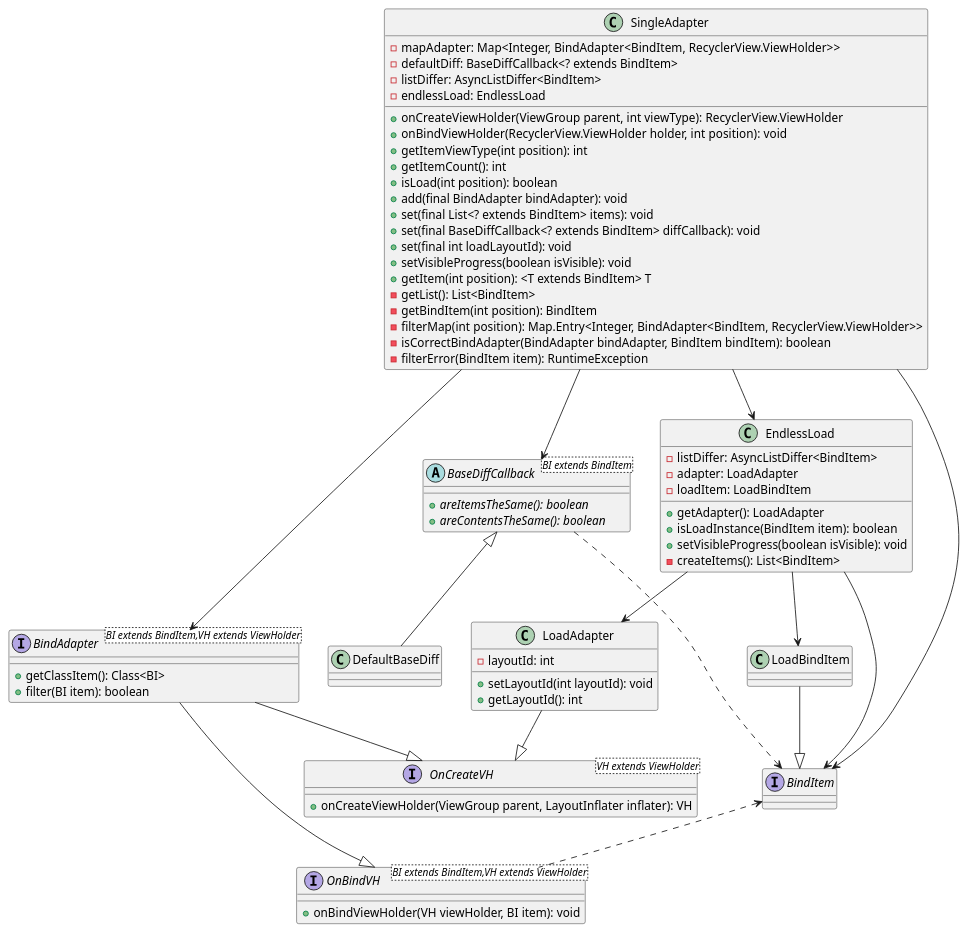
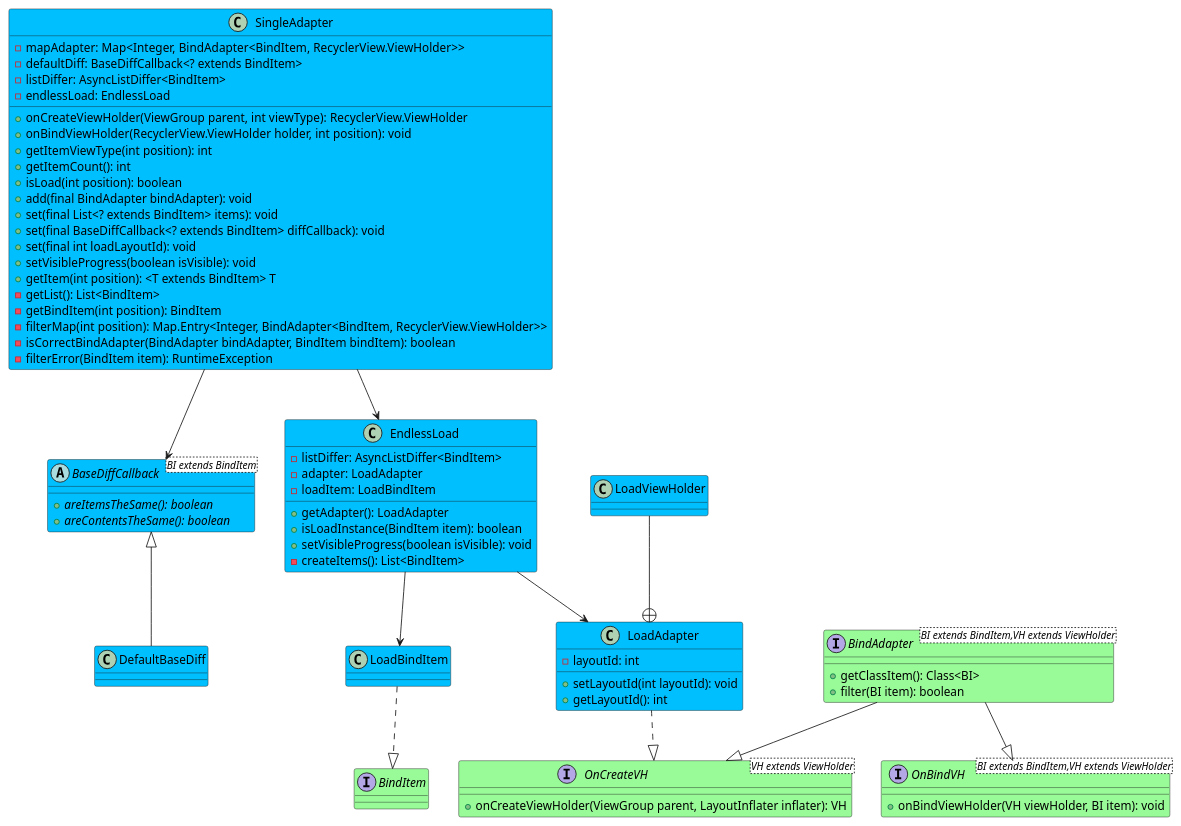
Before and after one commit to vanskarner/SingleAdapter: the diagram in singleAdapter/src/main/java/com/vanskarner/singleadapter/Diagram.puml, drawn with PlantUML.

Commit message:
diagram update

```diff
--- a/singleAdapter/src/main/java/com/vanskarner/singleadapter/Diagram.puml
+++ b/singleAdapter/src/main/java/com/vanskarner/singleadapter/Diagram.puml
@@ -1,74 +1,90 @@
 @startuml
 'https://plantuml.com/class-diagram
+
+/'Specification of classes and interfaces'/
 class SingleAdapter{
     - mapAdapter: Map<Integer, BindAdapter<BindItem, RecyclerView.ViewHolder>>
     - defaultDiff: BaseDiffCallback<? extends BindItem>
     - listDiffer: AsyncListDiffer<BindItem>
     - endlessLoad: EndlessLoad
 
     + onCreateViewHolder(ViewGroup parent, int viewType): RecyclerView.ViewHolder
     + onBindViewHolder(RecyclerView.ViewHolder holder, int position): void
     + getItemViewType(int position): int
     + getItemCount(): int
     + isLoad(int position): boolean
     + add(final BindAdapter bindAdapter): void
     + set(final List<? extends BindItem> items): void
     + set(final BaseDiffCallback<? extends BindItem> diffCallback): void
     + set(final int loadLayoutId): void
     + setVisibleProgress(boolean isVisible): void
     + getItem(int position): <T extends BindItem> T
     - getList(): List<BindItem>
     - getBindItem(int position): BindItem
     - filterMap(int position): Map.Entry<Integer, BindAdapter<BindItem, RecyclerView.ViewHolder>>
     - isCorrectBindAdapter(BindAdapter bindAdapter, BindItem bindItem): boolean
     - filterError(BindItem item): RuntimeException
 }
 class EndlessLoad{
     - listDiffer: AsyncListDiffer<BindItem>
     - adapter: LoadAdapter
     - loadItem: LoadBindItem
 
     + getAdapter(): LoadAdapter
     + isLoadInstance(BindItem item): boolean
     + setVisibleProgress(boolean isVisible): void
     - createItems(): List<BindItem>
 }
 class LoadAdapter{
     - layoutId: int
     + setLayoutId(int layoutId): void
     + getLayoutId(): int
 }
 class LoadBindItem
+/'abstract class  "abstract class"<T extends String>{
+
+}'/
 abstract class BaseDiffCallback<BI extends BindItem>{
     + {abstract} areItemsTheSame(): boolean
     + {abstract} areContentsTheSame(): boolean
 }
 class DefaultBaseDiff
 interface BindItem
 interface OnCreateVH<VH extends ViewHolder>{
     + onCreateViewHolder(ViewGroup parent, LayoutInflater inflater): VH
 }
 interface OnBindVH<BI extends BindItem,VH extends ViewHolder>{
     + onBindViewHolder(VH viewHolder, BI item): void
 }
 interface BindAdapter<BI extends BindItem,VH extends ViewHolder>{
     + getClassItem(): Class<BI>
     + filter(BI item): boolean
 }
+class LoadViewHolder
 
-SingleAdapter --> BindAdapter
-SingleAdapter --> BindItem
+/'Relations'/
 SingleAdapter --> BaseDiffCallback
 SingleAdapter --> EndlessLoad
-BindItem <.. OnBindVH
 BindAdapter --|> OnCreateVH
 BindAdapter --|> OnBindVH
-BaseDiffCallback ..> BindItem
 BaseDiffCallback <|-- DefaultBaseDiff
-EndlessLoad --> BindItem
 EndlessLoad --> LoadAdapter
 EndlessLoad --> LoadBindItem
-LoadAdapter --|> OnCreateVH
-LoadBindItem --|> BindItem
+LoadAdapter ..|> OnCreateVH
+LoadBindItem ..|> BindItem
+LoadViewHolder --+ LoadAdapter
+
+/'visual customization'/
+interface BindItem #paleGreen
+interface OnCreateVH #paleGreen
+interface OnBindVH #paleGreen
+interface BindAdapter #paleGreen
+class SingleAdapter #deepskyblue
+abstract class BaseDiffCallback #deepskyblue
+class EndlessLoad #deepskyblue
+class DefaultBaseDiff #deepskyblue
+class LoadBindItem #deepskyblue
+class LoadViewHolder #deepskyblue
+class LoadAdapter #deepskyblue
 
 @enduml
```
